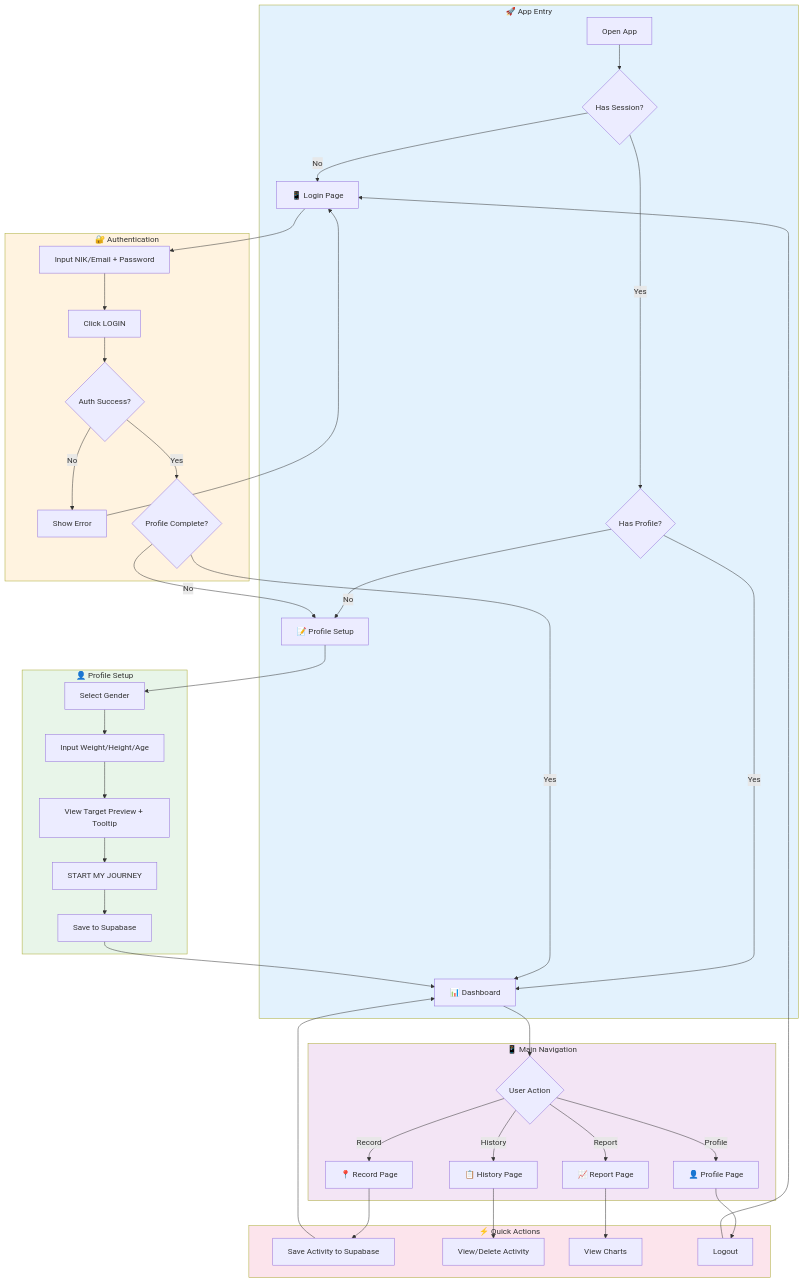
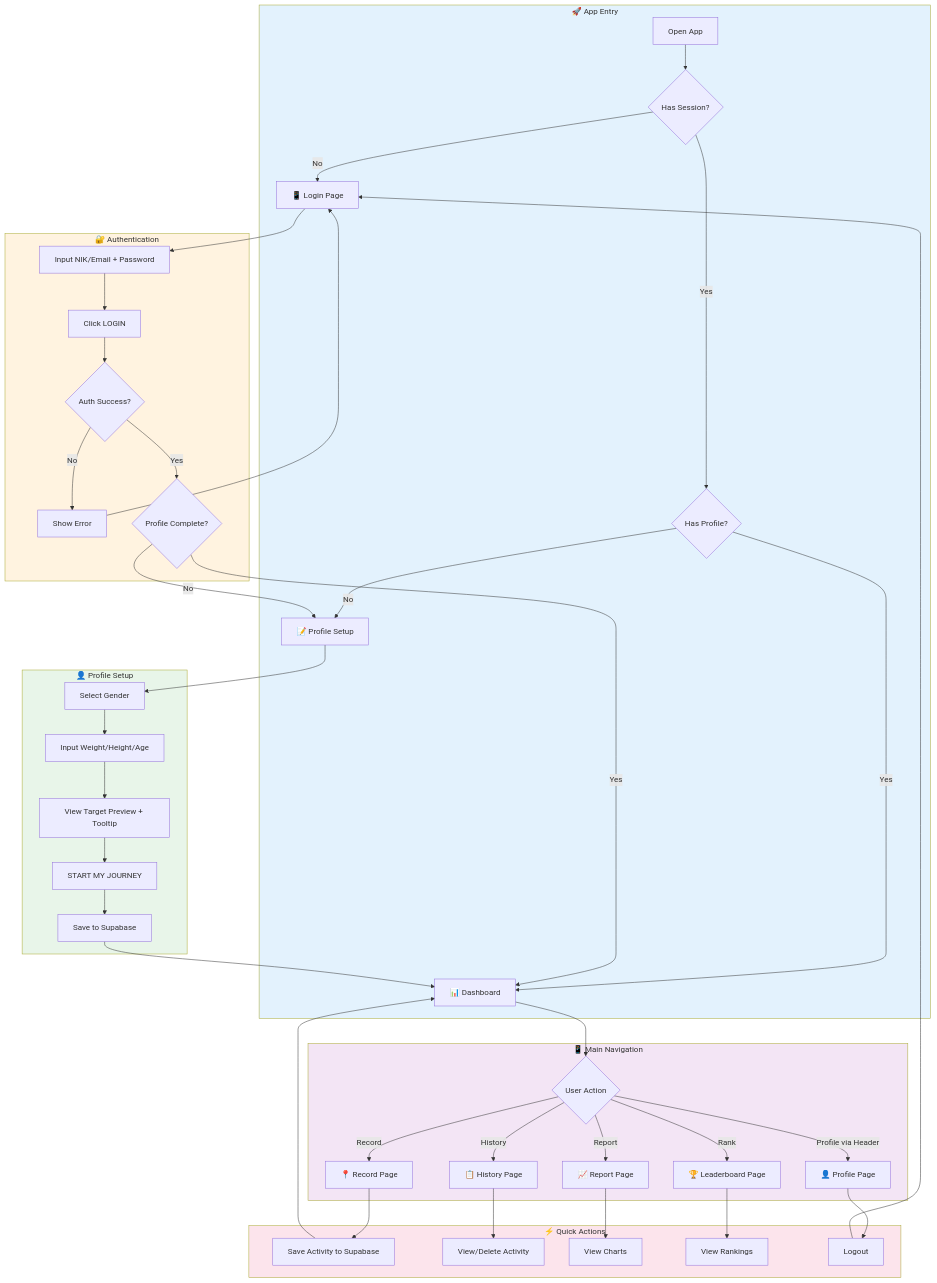
Before and after one commit to ilhaminudin24/ITDigital-wellbeing: the first of 4 diagrams in docs/project_analysis.md, drawn with Mermaid. The commit also changed other lines of this file and 13 other files, not shown here.

````diff
--- a/docs/project_analysis.md
+++ b/docs/project_analysis.md
@@ -105,53 +115,55 @@
 ```mermaid
 flowchart TD
     subgraph Entry["🚀 App Entry"]
         A[Open App] --> B{Has Session?}
         B -->|No| C[📱 Login Page]
         B -->|Yes| D{Has Profile?}
         D -->|No| E[📝 Profile Setup]
         D -->|Yes| F[📊 Dashboard]
     end
 
     subgraph Auth["🔐 Authentication"]
         C --> G[Input NIK/Email + Password]
         G --> H[Click LOGIN]
         H --> I{Auth Success?}
         I -->|No| J[Show Error]
         J --> C
         I -->|Yes| K{Profile Complete?}
         K -->|No| E
         K -->|Yes| F
     end
 
     subgraph Profile["👤 Profile Setup"]
         E --> L[Select Gender]
         L --> M[Input Weight/Height/Age]
         M --> N[View Target Preview + Tooltip]
         N --> O[START MY JOURNEY]
         O --> P[Save to Supabase]
         P --> F
     end
 
     subgraph Main["📱 Main Navigation"]
         F --> Q{User Action}
         Q -->|Record| R[📍 Record Page]
         Q -->|History| S[📋 History Page]
         Q -->|Report| T[📈 Report Page]
-        Q -->|Profile| U[👤 Profile Page]
+        Q -->|Rank| U[🏆 Leaderboard Page]
+        Q -->|Profile via Header| W[👤 Profile Page]
     end
 
     subgraph Actions["⚡ Quick Actions"]
         R --> V[Save Activity to Supabase]
         V --> F
-        S --> W[View/Delete Activity]
-        T --> X[View Charts]
-        U --> Y[Logout]
-        Y --> C
+        S --> X[View/Delete Activity]
+        T --> Y[View Charts]
+        U --> Z[View Rankings]
+        W --> AA[Logout]
+        AA --> C
     end
 
     style Entry fill:#e3f2fd
     style Auth fill:#fff3e0
     style Profile fill:#e8f5e9
     style Main fill:#f3e5f5
     style Actions fill:#fce4ec
 ```
````
